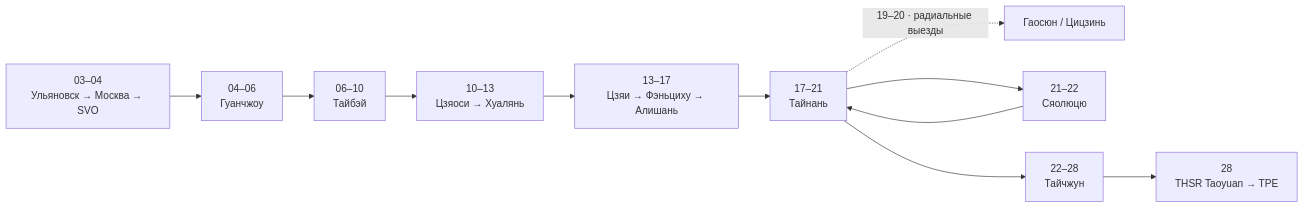
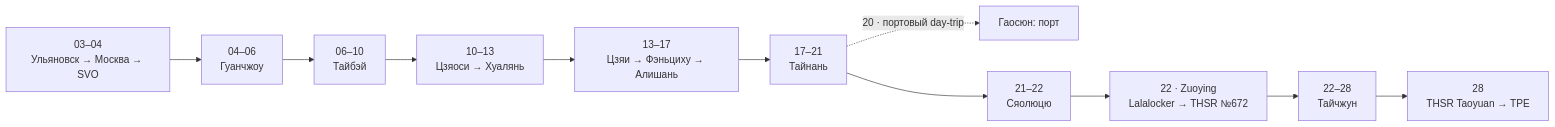
Before and after one commit to injurka/obsidian-mark: the diagram in Personal Note/Travel/05 Taiwan/03 - Бронирования/Транспорт.md, drawn with Mermaid. The commit also changed other lines of this file and 63 other files, not shown here.

````diff
--- a/Personal Note/Travel/05 Taiwan/03 - Бронирования/Транспорт.md
+++ b/Personal Note/Travel/05 Taiwan/03 - Бронирования/Транспорт.md
@@ -38,13 +40,13 @@
 ```mermaid
 flowchart LR
     RU["03–04<br>Ульяновск → Москва → SVO"] --> CAN["04–06<br>Гуанчжоу"]
     CAN --> TPE["06–10<br>Тайбэй"]
     TPE --> EAST["10–13<br>Цзяоси → Хуалянь"]
     EAST --> MT["13–17<br>Цзяи → Фэньциху → Алишань"]
     MT --> TNN["17–21<br>Тайнань"]
-    TNN -. "19–20 · радиальные выезды" .-> KHH["Гаосюн / Цицзинь"]
+    TNN -. "20 · портовый day-trip" .-> KHH["Гаосюн: порт"]
     TNN --> LIU["21–22<br>Сяолюцю"]
-    LIU --> TNN
-    TNN --> TCH["22–28<br>Тайчжун"]
+    LIU --> ZUO["22 · Zuoying<br>Lalalocker → THSR №672"]
+    ZUO --> TCH["22–28<br>Тайчжун"]
     TCH --> HOME["28<br>THSR Taoyuan → TPE"]
 ```
````
